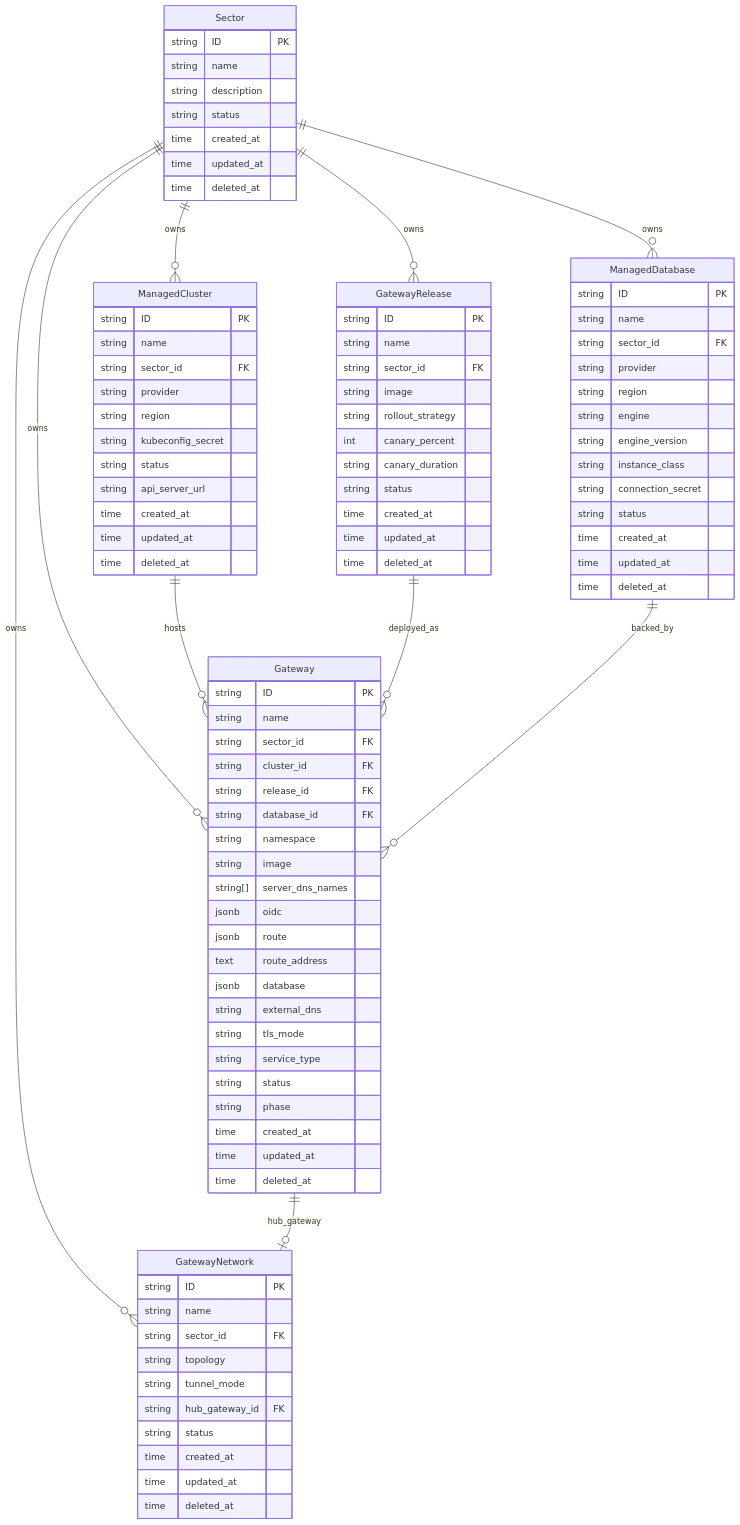
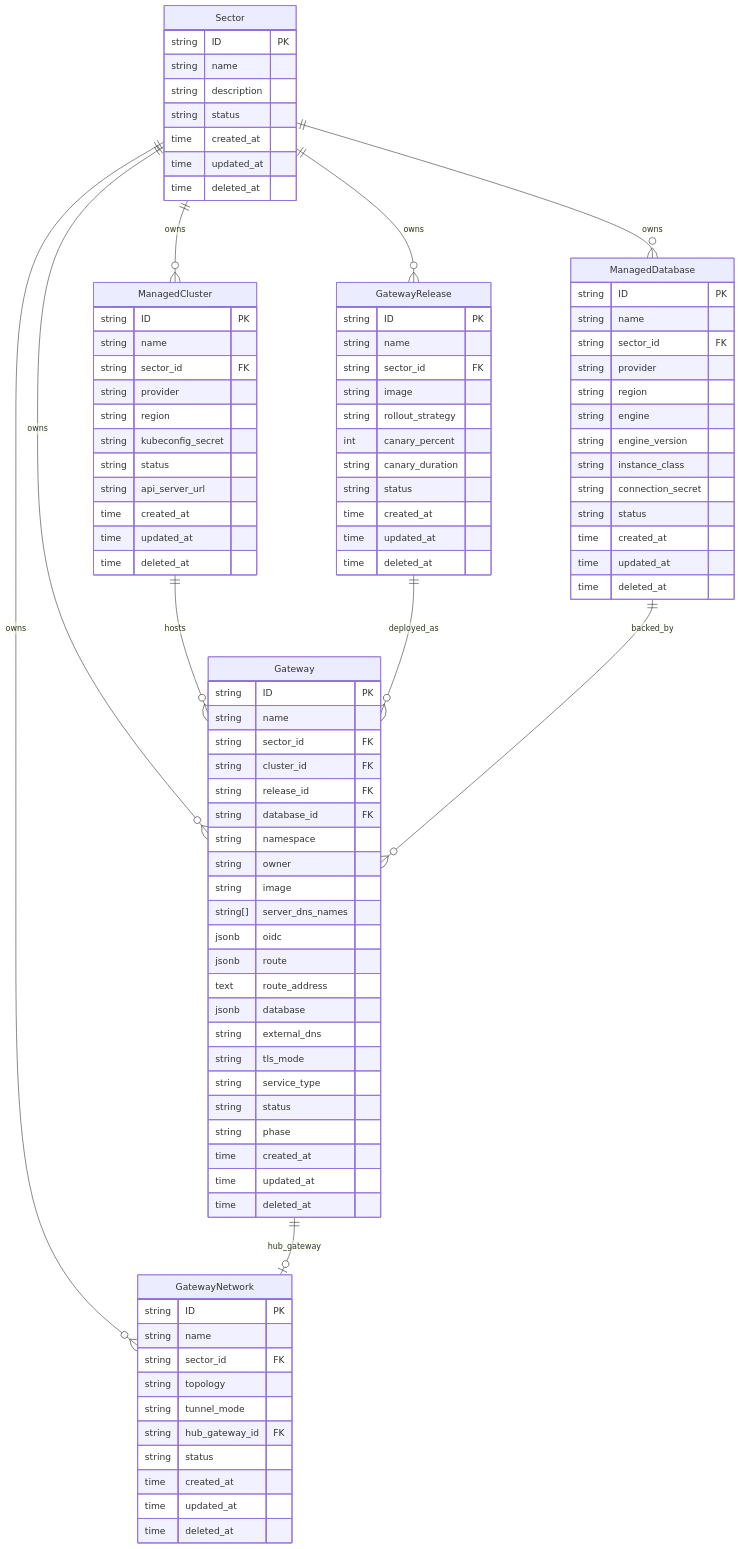
The diagram in specs/platform/data-model.spec.md (openshift-online/hypershell), drawn with Mermaid before and after one commit. The commit also changed other lines of this file and 6 other files, not shown here.

```diff
--- a/specs/platform/data-model.spec.md
+++ b/specs/platform/data-model.spec.md
@@ -81,6 +81,7 @@
         string release_id FK
         string database_id FK
         string namespace
+        string owner
         string image
         string[] server_dns_names
         jsonb oidc
```
